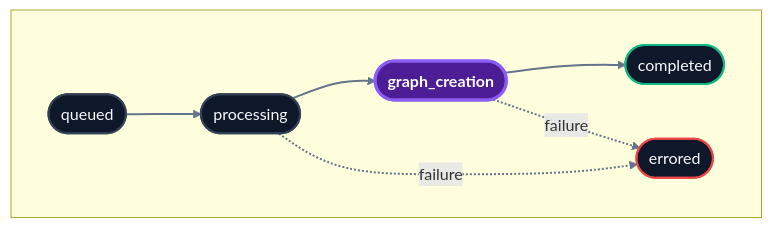
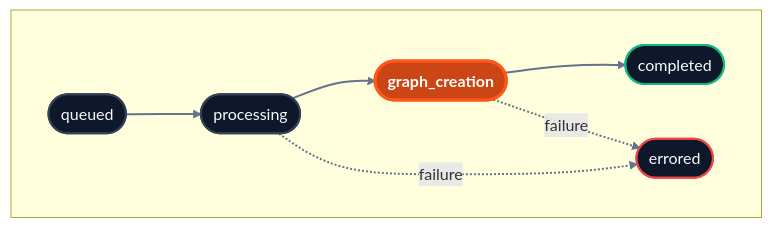
The diagram in api-reference/endpoint/verify-processing.mdx (rupamghosh2006/mintlify-docs), drawn with Mermaid before and after one commit. The commit also changed other lines of this file and 2 other files, not shown here.

````diff
--- a/api-reference/endpoint/verify-processing.mdx
+++ b/api-reference/endpoint/verify-processing.mdx
@@ -103,30 +103,30 @@
 ```mermaid
 flowchart LR
     %% HydraDB Dark Mode Styling System
     classDef standard fill:#0f172a,stroke:#334155,stroke-width:2px,color:#f8fafc;
-    classDef innovation fill:#4c1d95,stroke:#8b5cf6,stroke-width:3px,color:#ffffff,font-weight:bold;
+    classDef innovation fill:#CC4515,stroke:#FF571A,stroke-width:3px,color:#ffffff,font-weight:bold;
     classDef success fill:#0f172a,stroke:#10b981,stroke-width:2px,color:#f8fafc;
     classDef failure fill:#0f172a,stroke:#ef4444,stroke-width:2px,color:#f8fafc;
 
     subgraph processing_flow [ ]
       direction LR
       Q([queued])
       P([processing])
       G([graph_creation])
       C([completed])
       E([errored])
     end
 
     Q --> P
     P --> G
     G --> C
     P -.failure.-> E
     G -.failure.-> E
 
     class Q,P standard;
     class G innovation;
     class C success;
     class E failure;
 
     linkStyle default stroke:#64748b,stroke-width:2px;
 ```
````
